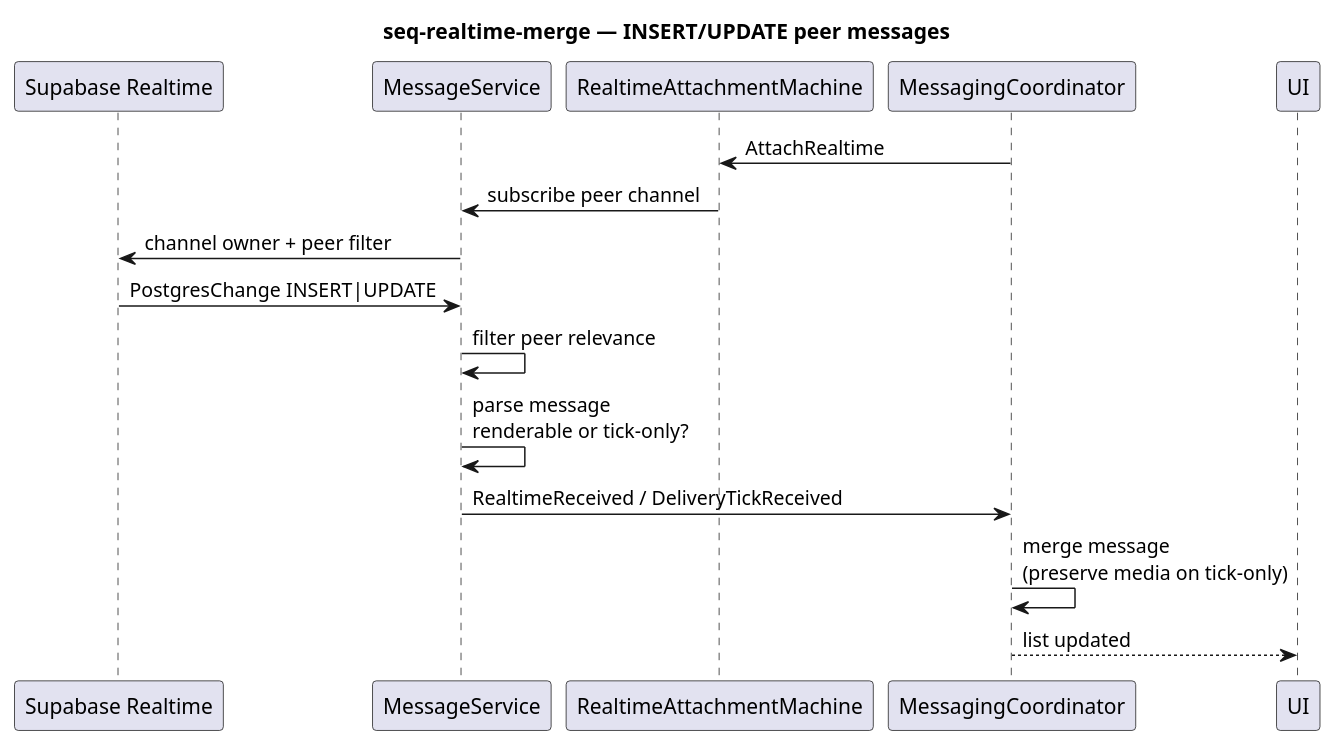
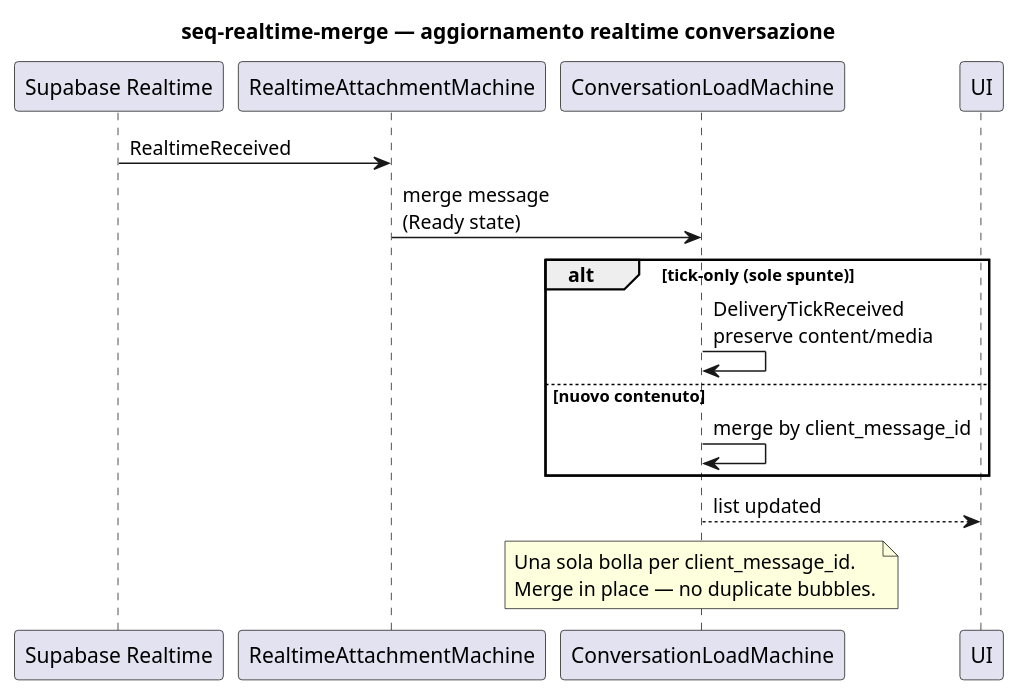
One commit to alfred-im/XmppTest changed the diagram in docs/model/uml/messaging/seq-realtime-merge.puml. Above: the diagram before and after it, drawn with PlantUML. The commit also changed 48 other files, not shown here.

```diff
--- a/docs/model/uml/messaging/seq-realtime-merge.puml
+++ b/docs/model/uml/messaging/seq-realtime-merge.puml
@@ -1,27 +1,31 @@
 @startuml seq-realtime-merge
 ' Context: messaging
-' Events: RealtimeReceived, DeliveryTickReceived
-' SDD: PROM-REALTIME-OWNER-003–005, PROM-MESSAGE-STATUS
+' Profile: client
+' Event: RealtimeReceived, DeliveryTickReceived
+' SDD: PROM-REALTIME-OWNER, PROM-MESSAGE-STATUS
 ' Revision: 2026-07-19
 
-title seq-realtime-merge — INSERT/UPDATE peer messages
+title seq-realtime-merge — aggiornamento realtime conversazione
 
 participant "Supabase Realtime" as RT
-participant "MessageService" as MS
 participant "RealtimeAttachmentMachine" as RAM
-participant "MessagingCoordinator" as Coord
+participant "ConversationLoadMachine" as CLM
 participant "UI" as UI
 
-Coord -> RAM : AttachRealtime
-RAM -> MS : subscribe peer channel
-MS -> RT : channel owner + peer filter
+RT -> RAM : RealtimeReceived
+RAM -> CLM : merge message\n(Ready state)
 
-RT -> MS : PostgresChange INSERT|UPDATE
-MS -> MS : filter peer relevance
-MS -> MS : parse message\nrenderable or tick-only?
+alt tick-only (sole spunte)
+  CLM -> CLM : DeliveryTickReceived\npreserve content/media
+else nuovo contenuto
+  CLM -> CLM : merge by client_message_id
+end
 
-MS -> Coord : RealtimeReceived / DeliveryTickReceived
-Coord -> Coord : merge message\n(preserve media on tick-only)
-Coord --> UI : list updated
+CLM --> UI : list updated
+
+note over CLM
+  Una sola bolla per client_message_id.
+  Merge in place — no duplicate bubbles.
+end note
 
 @enduml
```
